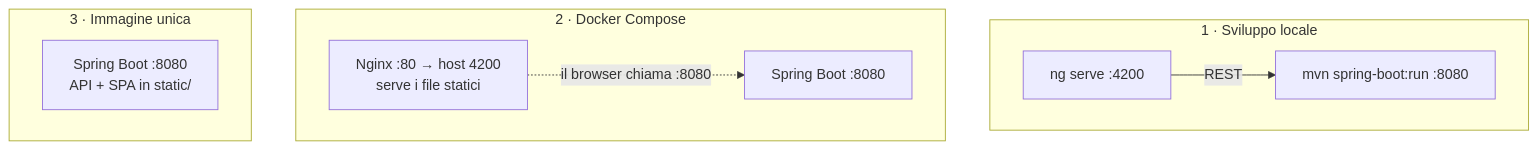
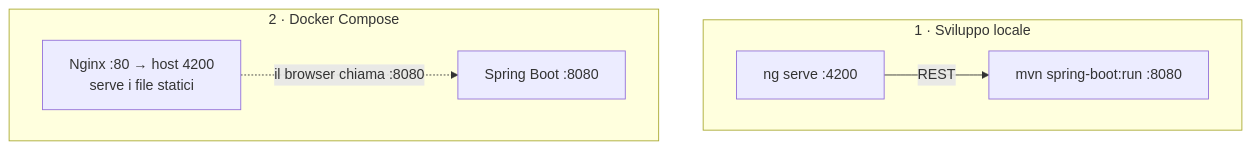
Before and after one commit to acapodanno/project-work-l-31: the fourth of 11 diagrams in doc/2-Design_Architetturale.md, drawn with Mermaid. The commit also changed other lines of this file and 12 other files, not shown here.

````diff
--- a/doc/2-Design_Architetturale.md
+++ b/doc/2-Design_Architetturale.md
@@ -164,15 +164,11 @@
 ```mermaid
 flowchart TB
     subgraph DEV[1 · Sviluppo locale]
         direction LR
         A1[ng serve :4200] -- REST --> A2[mvn spring-boot:run :8080]
     end
     subgraph COMPOSE[2 · Docker Compose]
         direction LR
         B1[Nginx :80 → host 4200<br/>serve i file statici] -. "il browser chiama :8080" .-> B2[Spring Boot :8080]
     end
-    subgraph ALLINONE[3 · Immagine unica]
-        direction LR
-        C1[Spring Boot :8080<br/>API + SPA in static/]
-    end
 ```
````
